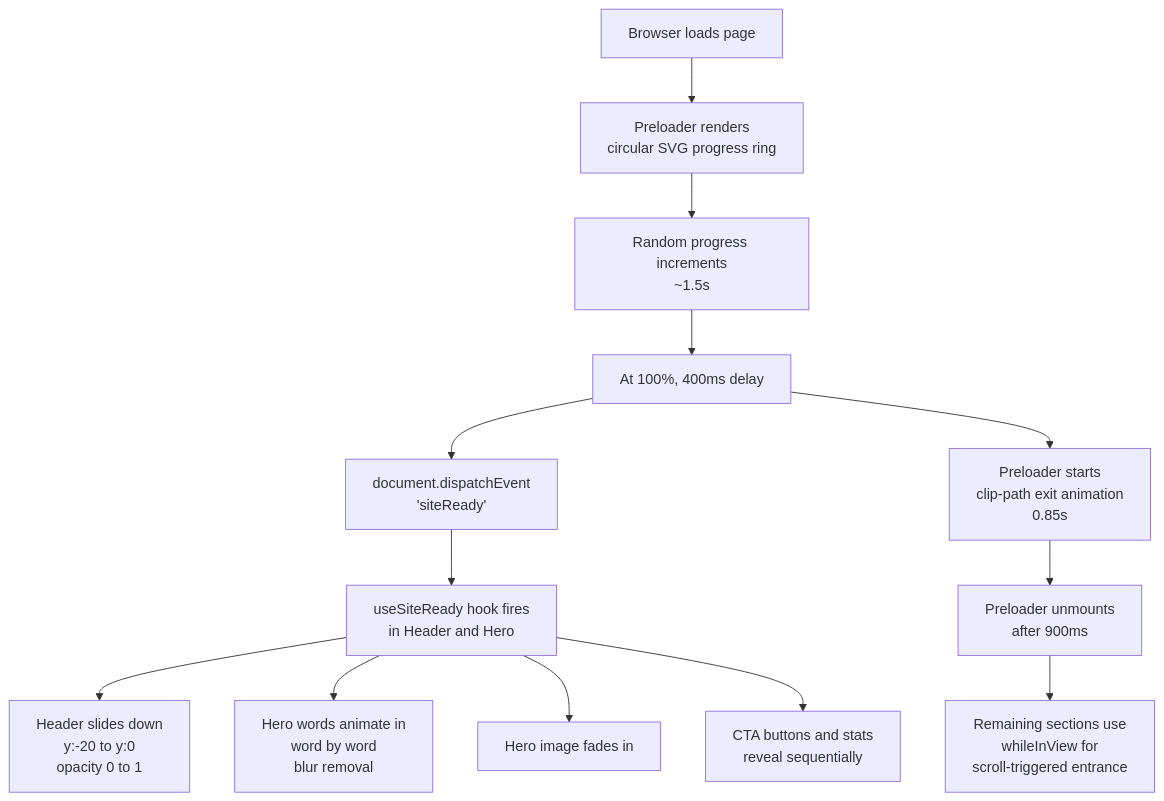
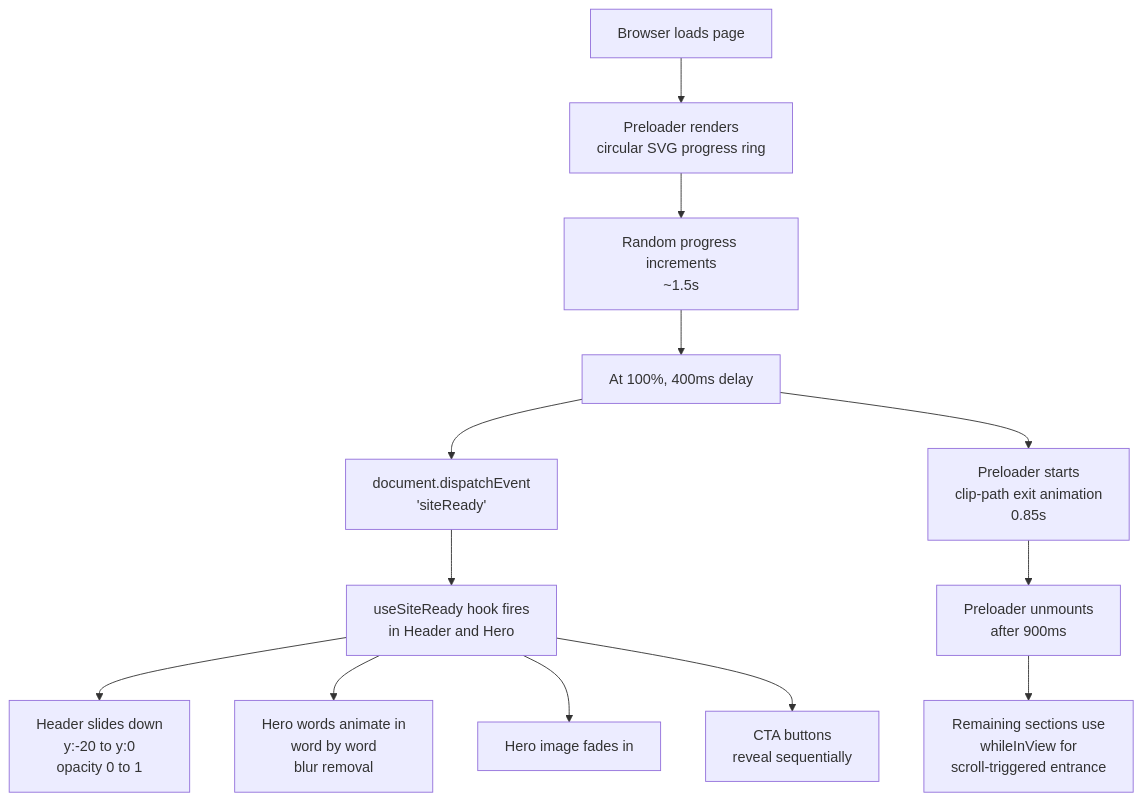
One commit to oyedokunken/oyedokun-SWE changed the fourth of 4 diagrams in README.md. Above: the diagram before and after it, drawn with Mermaid. The commit also changed other lines of this file and 5 other files, not shown here.

````diff
--- a/README.md
+++ b/README.md
@@ -163,15 +163,15 @@
 ```mermaid
 flowchart TD
     A[Browser loads page] --> B[Preloader renders<br/>circular SVG progress ring]
     B --> C[Random progress increments<br/>~1.5s]
     C --> D[At 100%, 400ms delay]
     D --> E[document.dispatchEvent<br/>'siteReady']
     D --> F[Preloader starts<br/>clip-path exit animation<br/>0.85s]
     E --> G[useSiteReady hook fires<br/>in Header and Hero]
     G --> H[Header slides down<br/>y:-20 to y:0<br/>opacity 0 to 1]
     G --> I[Hero words animate in<br/>word by word<br/>blur removal]
     G --> J[Hero image fades in]
-    G --> K[CTA buttons and stats<br/>reveal sequentially]
+    G --> K[CTA buttons<br/>reveal sequentially]
     F --> L[Preloader unmounts<br/>after 900ms]
     L --> M[Remaining sections use<br/>whileInView for<br/>scroll-triggered entrance]
 ```
````
